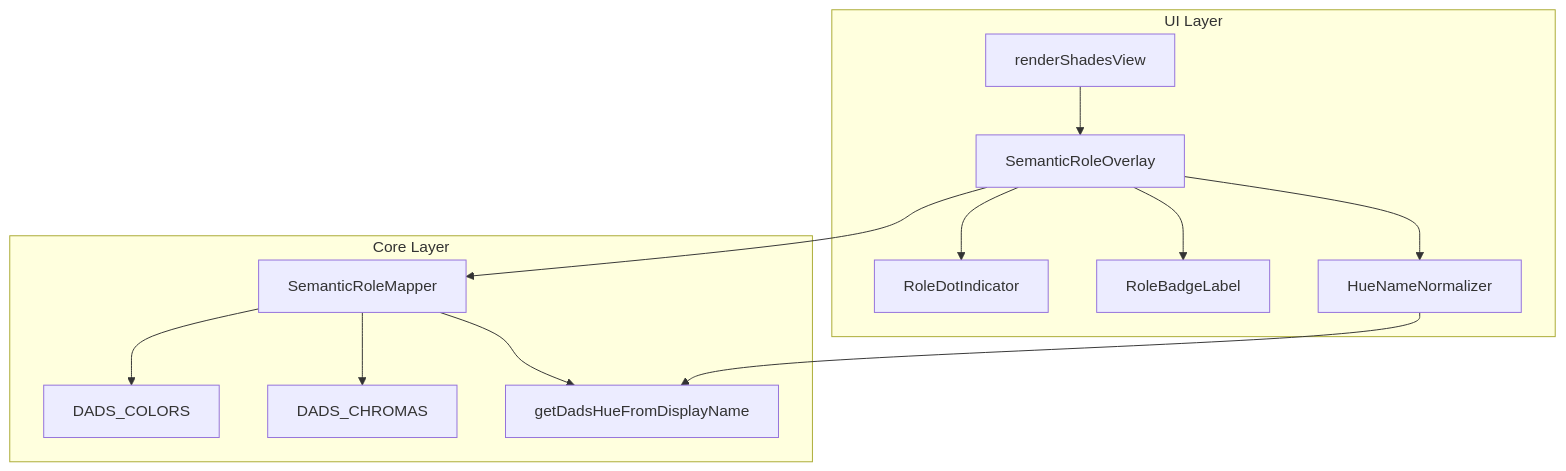
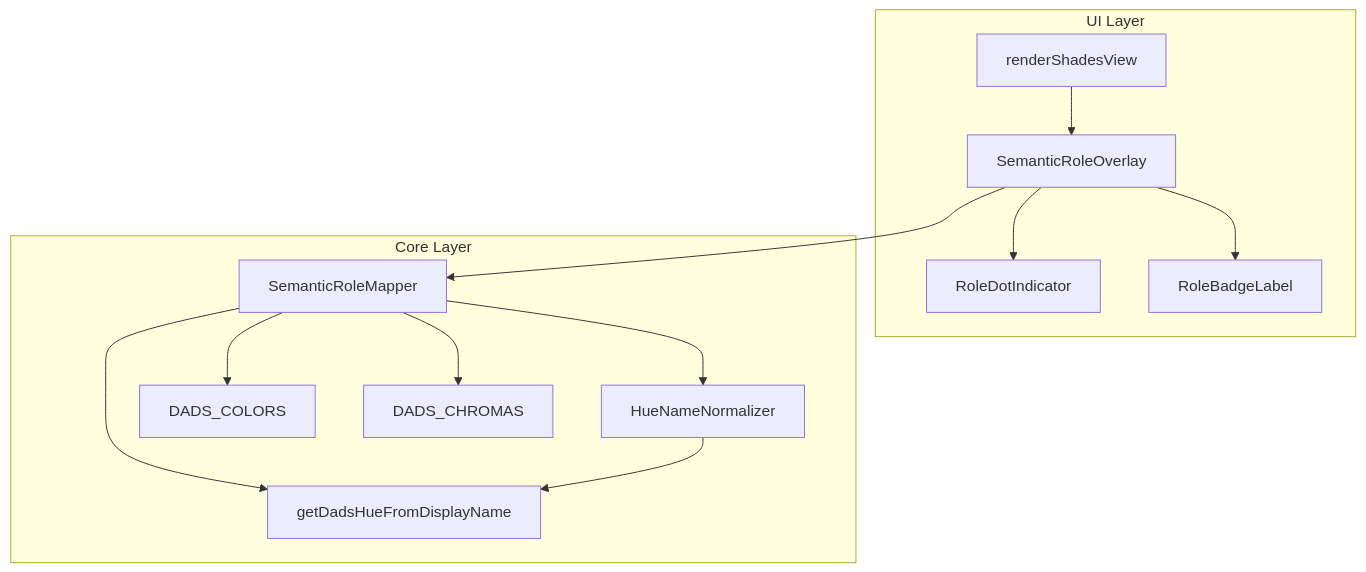
Before and after one commit to monoharada/leonardo-learn: the first of 2 diagrams in .kiro/specs/shade-ui-improvement/design.md, drawn with Mermaid. The commit also changed 2 other files, not shown here.

Commit message:
docs(spec): 仕様ドキュメントの整合性を修正
- spec.json: phaseをcompletedに更新、updated_atを反映
- tasks.md: Task 2/4の親項目を完了マークに修正
- design.md: HueNameNormalizerをCore層に移動、依存関係を修正

🤖 Generated with [Claude Code](https://claude.com/claude-code)

````diff
--- a/.kiro/specs/shade-ui-improvement/design.md
+++ b/.kiro/specs/shade-ui-improvement/design.md
@@ -63,27 +63,27 @@
 ```mermaid
 graph TB
     subgraph UILayer[UI Layer]
         ShadesView[renderShadesView]
         RoleOverlay[SemanticRoleOverlay]
         RoleDot[RoleDotIndicator]
         RoleBadge[RoleBadgeLabel]
-        HueNormalizer[HueNameNormalizer]
     end
 
     subgraph CoreLayer[Core Layer]
         RoleMapper[SemanticRoleMapper]
+        HueNormalizer[HueNameNormalizer]
         HarmonyData[DADS_COLORS]
         DadsChromas[DADS_CHROMAS]
         DadsProvider[getDadsHueFromDisplayName]
     end
 
     ShadesView --> RoleOverlay
     RoleOverlay --> RoleDot
     RoleOverlay --> RoleBadge
     RoleOverlay --> RoleMapper
     RoleMapper --> HarmonyData
     RoleMapper --> DadsChromas
     RoleMapper --> DadsProvider
-    RoleOverlay --> HueNormalizer
+    RoleMapper --> HueNormalizer
     HueNormalizer --> DadsProvider
 ```
````
